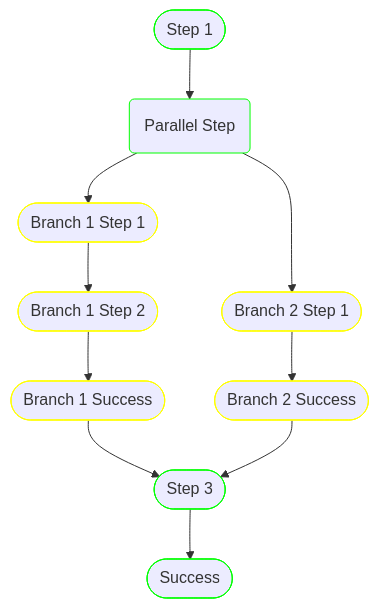
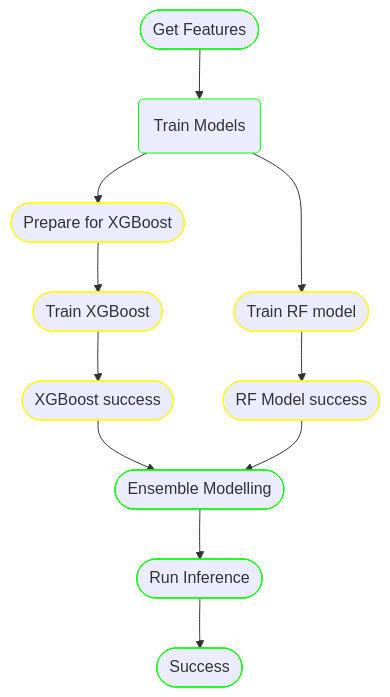
Before and after one commit to AstraZeneca/runnable: the second of 3 diagrams in docs/concepts/the-big-picture.md, drawn with Mermaid. The commit also changed other lines of this file and 52 other files, not shown here.

````diff
--- a/docs/concepts/the-big-picture.md
+++ b/docs/concepts/the-big-picture.md
@@ -69,30 +74,33 @@
     ```mermaid
     flowchart TD
 
-        step1([Step 1]):::green
-        parallel(Parallel Step):::green
-        step3([Step 3]):::green
+        getFeatures([Get Features]):::green
+        trainStep(Train Models):::green
+        ensembleModel([Ensemble Modelling]):::green
+        inference([Run Inference]):::green
         success([Success]):::green
 
-        step211([Branch 1 Step 1]):::yellow
-        step212([Branch 1 Step 2]):::yellow
-        branch1Suc([Branch 1 Success]):::yellow
-        step211 --> step212 --> branch1Suc
+        prepareXG([Prepare for XGBoost]):::yellow
+        trainXG([Train XGBoost]):::yellow
+        successXG([XGBoost success]):::yellow
+        prepareXG --> trainXG --> successXG
 
-        step22([Branch 2 Step 1]):::yellow
-        branch2Suc([Branch 2 Success]):::yellow
-        step22 --> branch2Suc
+        trainRF([Train RF model]):::yellow
+        successRF([RF Model success]):::yellow
+        trainRF --> successRF
 
 
-        step1 --> parallel
-        parallel --> step211
-        parallel --> step22
-        branch1Suc --> step3
-        branch2Suc --> step3
-        step3 --> success
+        getFeatures --> trainStep
+        trainStep --> prepareXG
+        trainStep --> trainRF
+        successXG --> ensembleModel
+        successRF --> ensembleModel
+        ensembleModel --> inference
+        inference --> success
+
 
         classDef yellow stroke:#FFFF00
         classDef green stroke:#0f0
 
 
     ```
````
